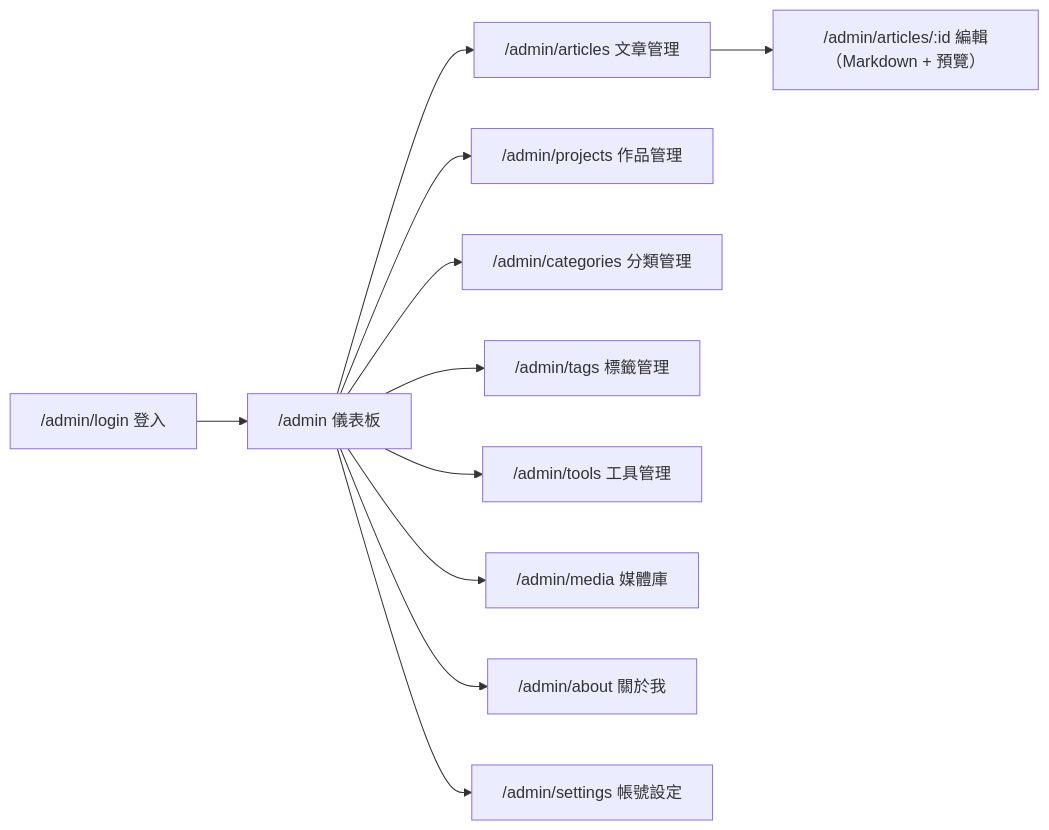
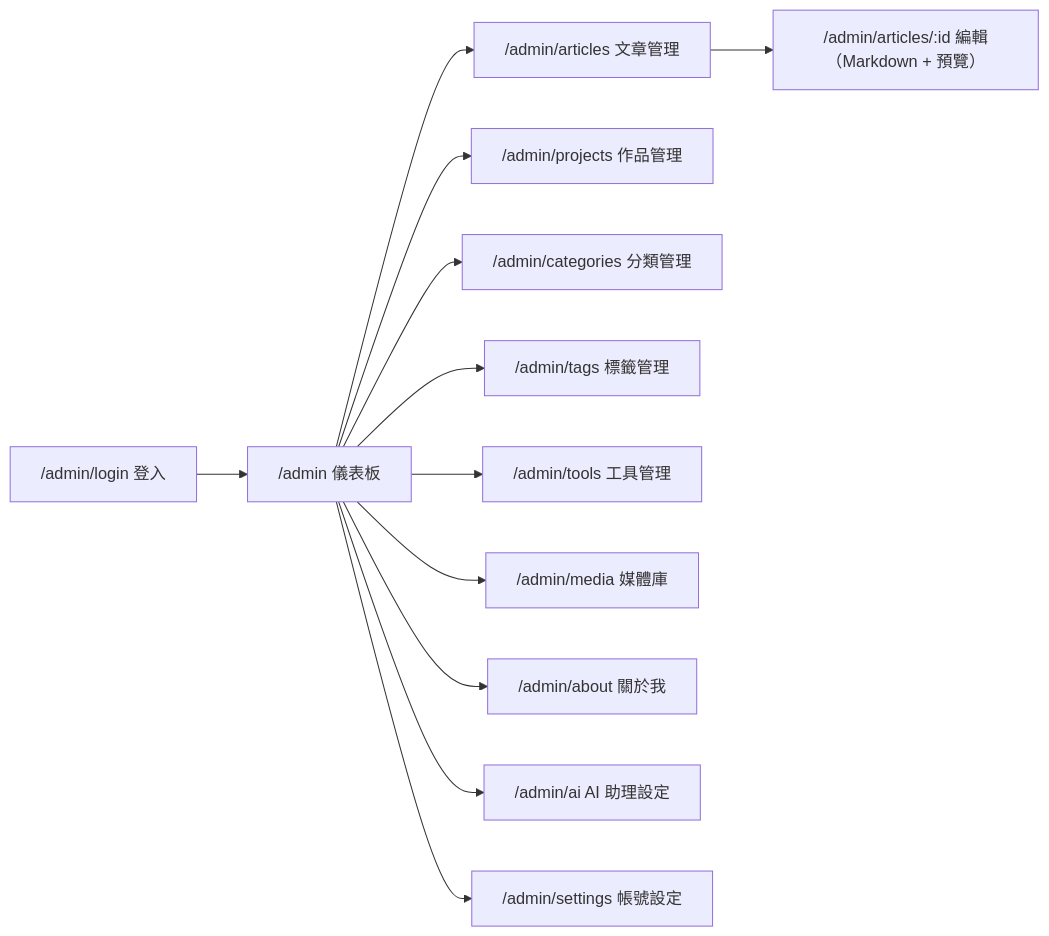
The ninth of 10 diagrams in require_docs/系統規格書V2.md (leo031523/website), drawn with Mermaid before and after one commit. The commit also changed other lines of this file and 13 other files, not shown here.

First line of the commit message:
Phase 4：作品展示強化（截圖、ER 圖、AI 流程圖、技術決策紀錄）

````diff
--- a/require_docs/系統規格書V2.md
+++ b/require_docs/系統規格書V2.md
@@ -583,13 +608,14 @@
 ```mermaid
 flowchart LR
     Login["/admin/login 登入"] --> Dash["/admin 儀表板"]
     Dash --> AdminArticles["/admin/articles 文章管理"]
     Dash --> AdminProjects["/admin/projects 作品管理"]
     Dash --> AdminCategories["/admin/categories 分類管理"]
     Dash --> AdminTags["/admin/tags 標籤管理"]
     Dash --> AdminTools["/admin/tools 工具管理"]
     Dash --> AdminMedia["/admin/media 媒體庫"]
     Dash --> AdminAbout["/admin/about 關於我"]
+    Dash --> AdminAI["/admin/ai AI 助理設定"]
     Dash --> AdminSettings["/admin/settings 帳號設定"]
     AdminArticles --> Editor["/admin/articles/:id 編輯（Markdown + 預覽）"]
 ```
````
